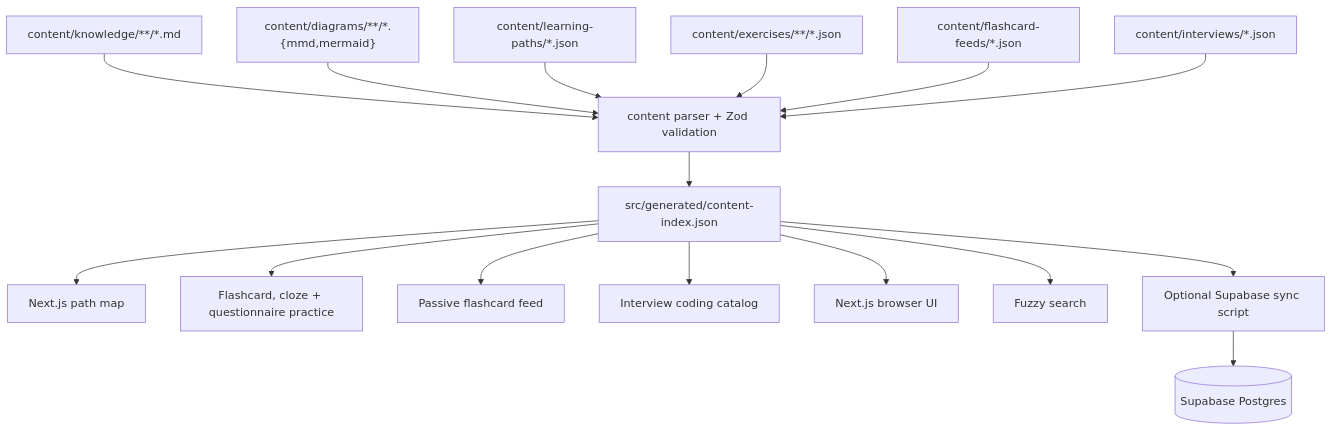
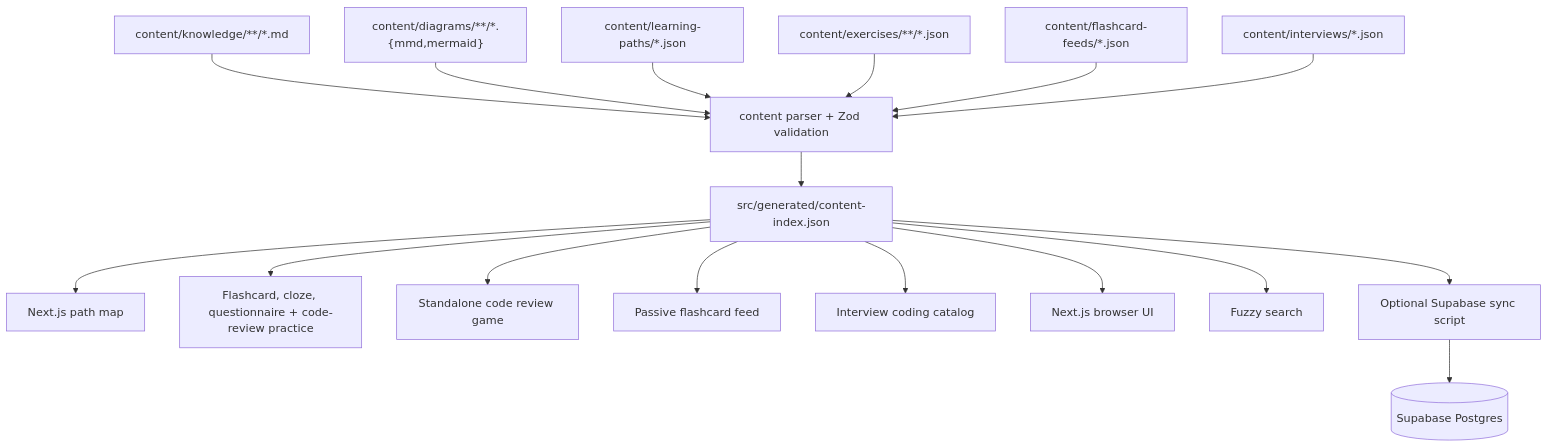
Before and after one commit to dano-gutierrez/codematica: the diagram in docs/engineering-overview.md, drawn with Mermaid. The commit also changed other lines of this file and 47 other files, not shown here.

````diff
--- a/docs/engineering-overview.md
+++ b/docs/engineering-overview.md
@@ -23,18 +23,19 @@
 ```mermaid
 flowchart TD
   MD["content/knowledge/**/*.md"] --> Parser["content parser + Zod validation"]
   MMD["content/diagrams/**/*.{mmd,mermaid}"] --> Parser
   PATHS["content/learning-paths/*.json"] --> Parser
   EX["content/exercises/**/*.json"] --> Parser
   FEEDS["content/flashcard-feeds/*.json"] --> Parser
   IV["content/interviews/*.json"] --> Parser
   Parser --> Index["src/generated/content-index.json"]
   Index --> Paths["Next.js path map"]
-  Index --> Practice["Flashcard, cloze + questionnaire practice"]
+  Index --> Practice["Flashcard, cloze, questionnaire + code-review practice"]
+  Index --> Reviews["Standalone code review game"]
   Index --> Passive["Passive flashcard feed"]
   Index --> Interviews["Interview coding catalog"]
   Index --> Browser["Next.js browser UI"]
   Index --> Search["Fuzzy search"]
   Index --> Sync["Optional Supabase sync script"]
   Sync --> DB[("Supabase Postgres")]
 ```
````
